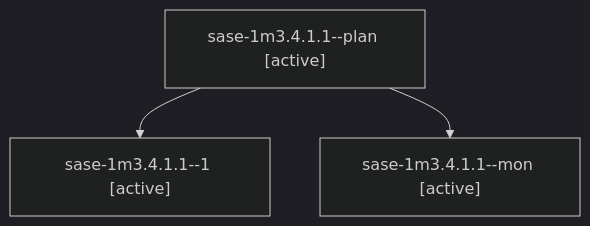
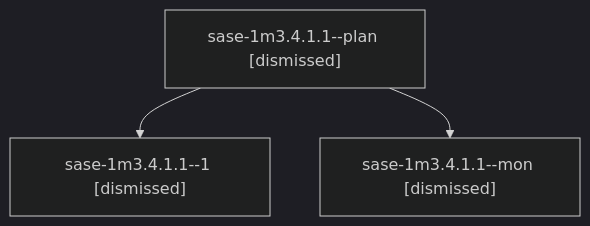
The diagram in sessions/bbugyi200.apollo.sase-1m3.4.1.1.md (sase-org/sase--agents), drawn with Mermaid (dark theme) before and after one commit. The commit also changed other lines of this file and 141 other files, not shown here.

````diff
--- a/sessions/bbugyi200.apollo.sase-1m3.4.1.1.md
+++ b/sessions/bbugyi200.apollo.sase-1m3.4.1.1.md
@@ -9,8 +9,8 @@
 ```mermaid
 flowchart TD
-  n0["sase-1m3.4.1.1--plan [active]"]
-  n1["sase-1m3.4.1.1--1 [active]"]
+  n0["sase-1m3.4.1.1--plan [dismissed]"]
+  n1["sase-1m3.4.1.1--1 [dismissed]"]
   n0 --> n1
-  n2["sase-1m3.4.1.1--mon [active]"]
+  n2["sase-1m3.4.1.1--mon [dismissed]"]
   n0 --> n2
 ```
````
